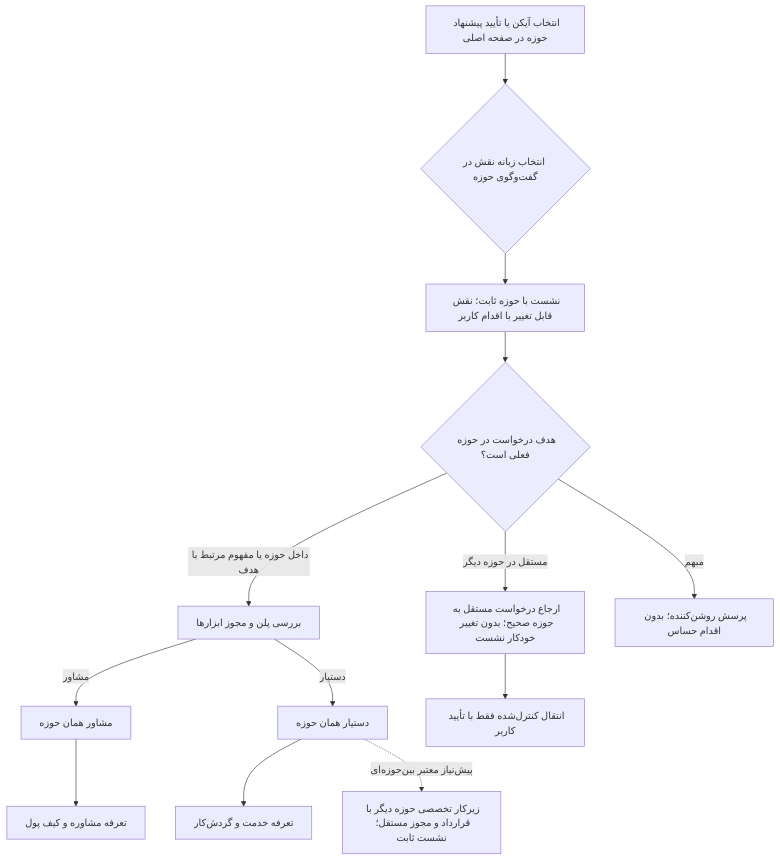
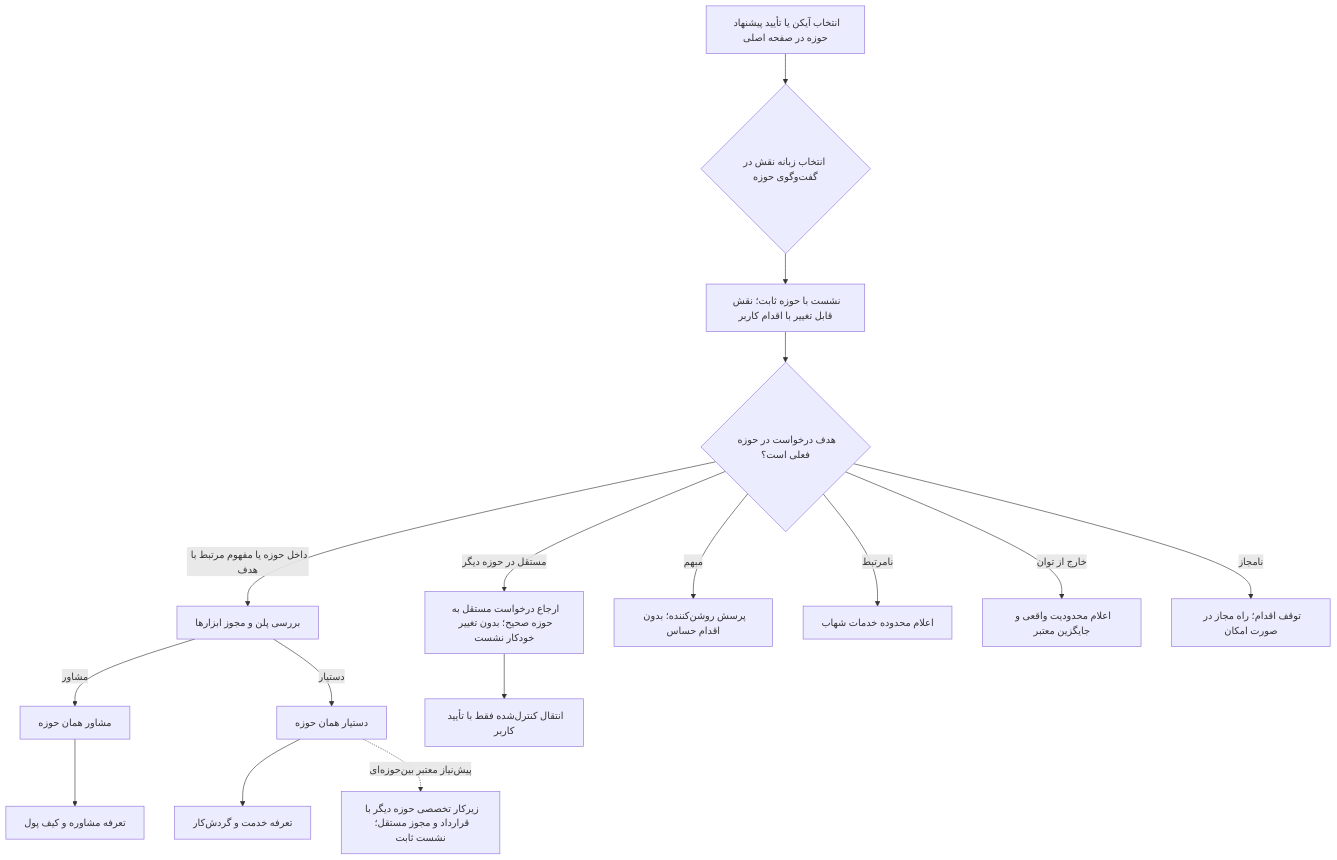
Before and after one commit to Brotherlouiee/shahab-demo: the sixth of 26 diagrams in docs/SHAHAB_PHASE_2_DEVELOPMENT_BLUEPRINT.md, drawn with Mermaid. The commit also changed other lines of this file, not shown here.

````diff
--- a/docs/SHAHAB_PHASE_2_DEVELOPMENT_BLUEPRINT.md
+++ b/docs/SHAHAB_PHASE_2_DEVELOPMENT_BLUEPRINT.md
@@ -862,22 +862,25 @@
 ```mermaid
 flowchart TD
     A["انتخاب آیکن یا تأیید پیشنهاد حوزه در صفحه اصلی"]
     B{"انتخاب زبانه نقش در گفت‌وگوی حوزه"}
     C["نشست با حوزه ثابت؛ نقش قابل تغییر با اقدام کاربر"]
     D{"هدف درخواست در حوزه فعلی است؟"}
     E["بررسی پلن و مجوز ابزارها"]
     F["مشاور همان حوزه"]
     G["دستیار همان حوزه"]
     H["ارجاع درخواست مستقل به حوزه صحیح؛ بدون تغییر خودکار نشست"]
     X["زیرکار تخصصی حوزه دیگر با قرارداد و مجوز مستقل؛ نشست ثابت"]
     I["تعرفه مشاوره و کیف پول"]
     J["تعرفه خدمت و گردش‌کار"]
     A --> B --> C --> D
     D -->|مستقل در حوزه دیگر| H
     D -->|داخل حوزه یا مفهوم مرتبط با هدف| E
     D -->|مبهم| Q["پرسش روشن‌کننده؛ بدون اقدام حساس"]
+    D -->|نامرتبط| NR["اعلام محدوده خدمات شهاب"]
+    D -->|خارج از توان| CAP["اعلام محدودیت واقعی و جایگزین معتبر"]
+    D -->|نامجاز| DENY["توقف اقدام؛ راه مجاز در صورت امکان"]
     H --> T["انتقال کنترل‌شده فقط با تأیید کاربر"]
     E -->|مشاور| F --> I
     E -->|دستیار| G --> J
     G -. "پیش‌نیاز معتبر بین‌حوزه‌ای" .-> X
 ```
````
